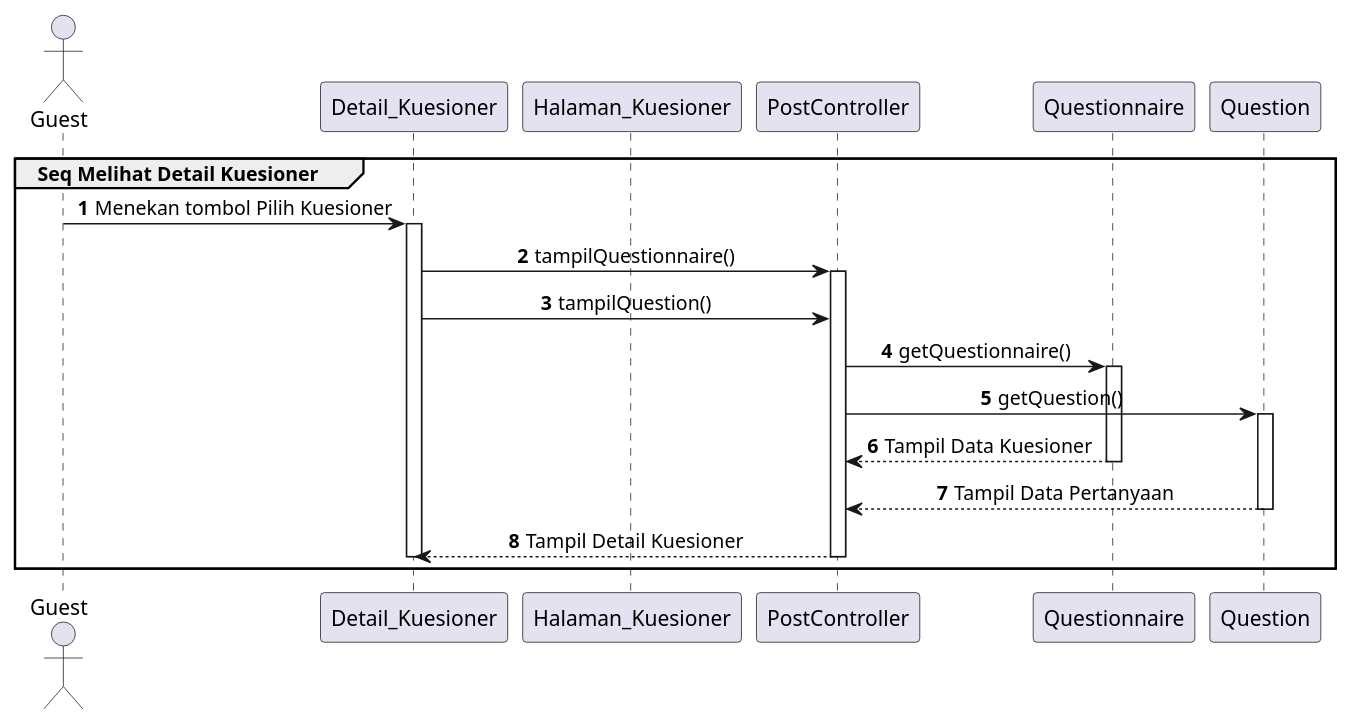
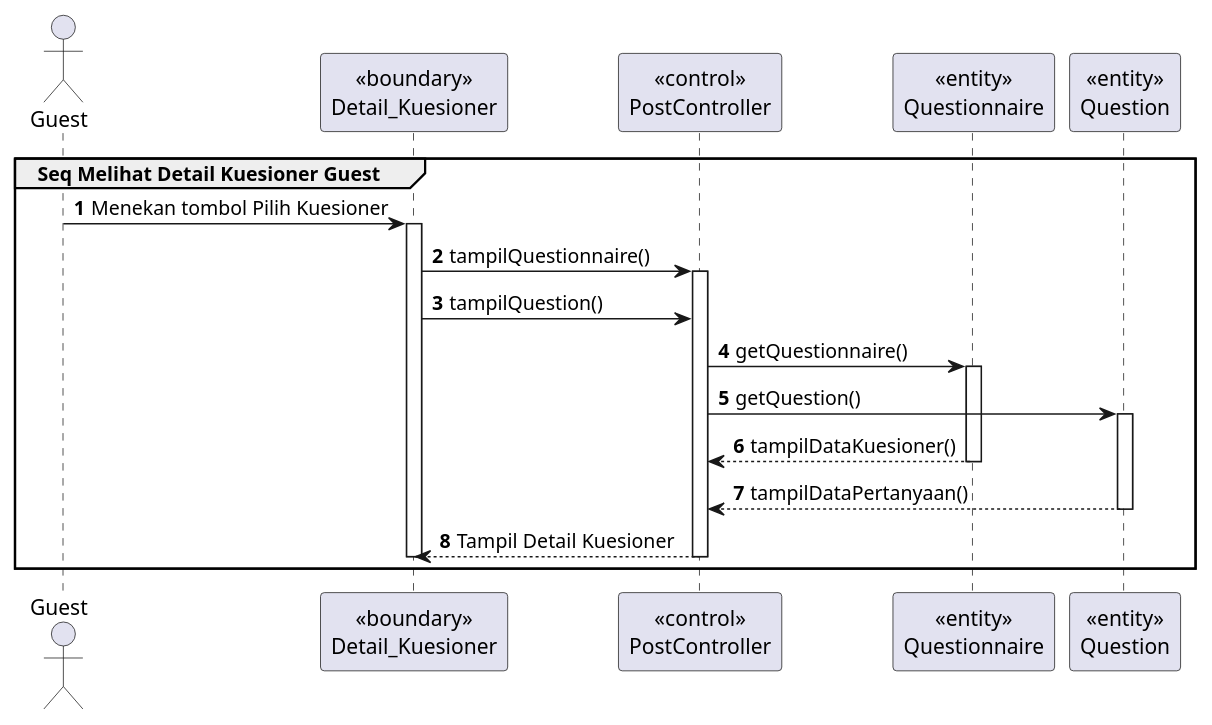
One commit to Churma16/indeks-kepuasan-masyarakat changed the diagram in documentation/SequenceDiagram/melihatDetailKuesionerGuest.puml. Above: the diagram before and after it, drawn with PlantUML. The commit also changed 13 other files, not shown here.

```diff
--- a/documentation/SequenceDiagram/melihatDetailKuesionerGuest.puml
+++ b/documentation/SequenceDiagram/melihatDetailKuesionerGuest.puml
@@ -1,29 +1,28 @@
 @startuml Interaction Mengisi Kuesioner
 autonumber
-skinparam SequenceMessageAlignment center
+' skinparam SequenceMessageAlignment center
 
 actor "Guest" as A
-participant "Detail_Kuesioner" as detail
-participant "Halaman_Kuesioner" as halaman    
-participant "PostController" as pcontrol
-participant "Questionnaire" as q
-participant "Question" as qn      
-        group Seq Melihat Detail Kuesioner
+participant "<<boundary>>\nDetail_Kuesioner" as detail
+participant "<<control>>\nPostController" as pcontrol
+participant "<<entity>>\nQuestionnaire" as q
+participant "<<entity>>\nQuestion" as qn      
+        group Seq Melihat Detail Kuesioner Guest
             A -> detail: Menekan tombol Pilih Kuesioner
             activate detail
                 detail -> pcontrol: tampilQuestionnaire()
                 activate pcontrol
                 detail -> pcontrol: tampilQuestion()
                 pcontrol -> q: getQuestionnaire()
                 activate q
                 pcontrol -> qn: getQuestion()
                 activate qn
-                q --> pcontrol: Tampil Data Kuesioner
+                q --> pcontrol: tampilDataKuesioner()
                 deactivate q
-                qn --> pcontrol: Tampil Data Pertanyaan
+                qn --> pcontrol: tampilDataPertanyaan()
                 deactivate qn
                 pcontrol--> detail: Tampil Detail Kuesioner
                 deactivate pcontrol
-                deactivate detail
+            deactivate detail
         end
 @enduml
```
